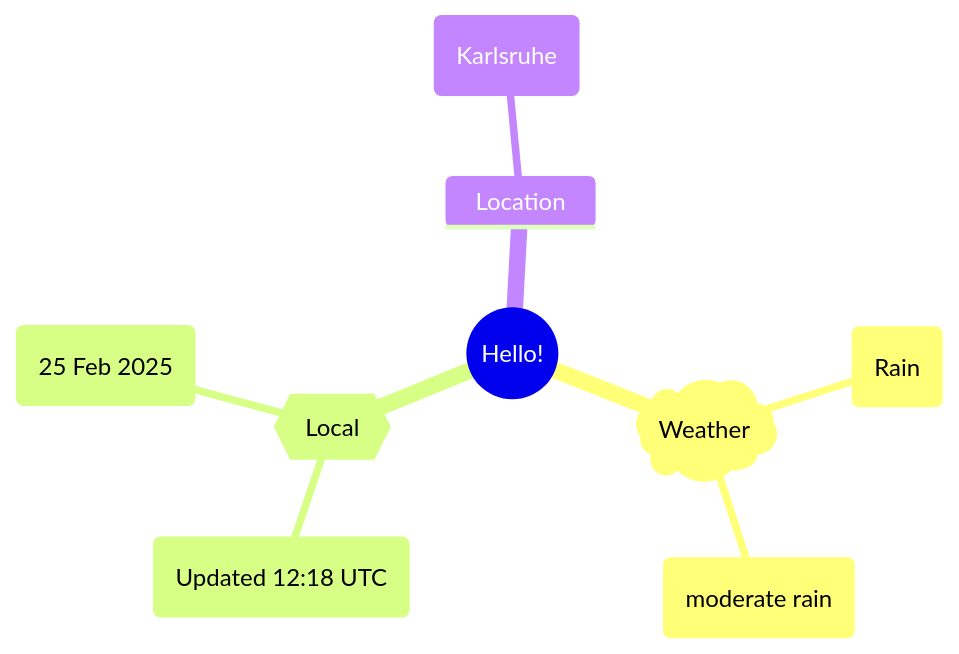
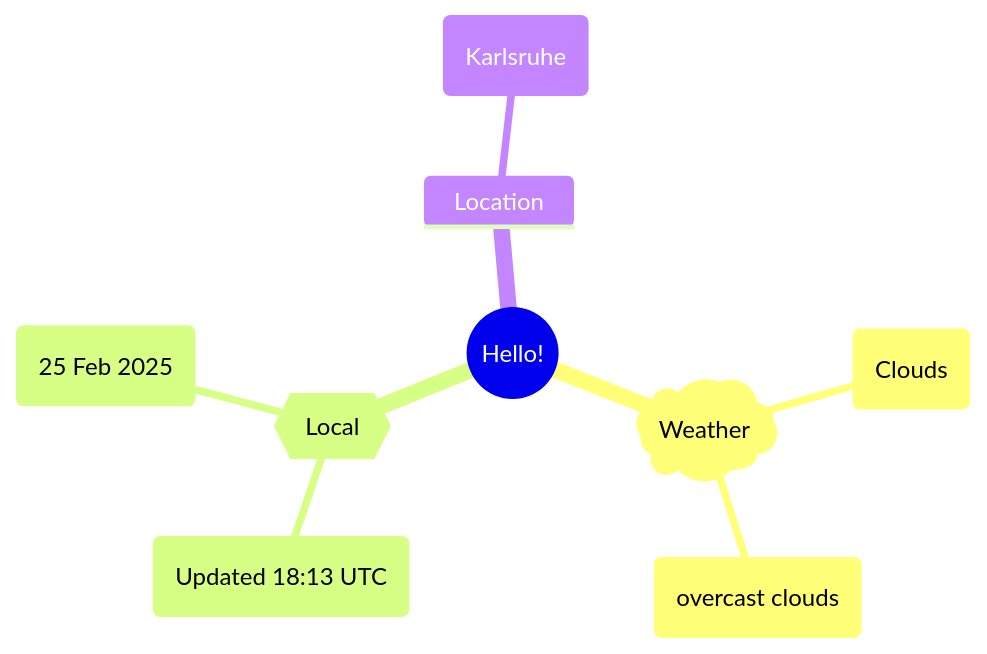
One commit to Xosrov/Xosrov changed the first of 2 diagrams in README.md. Above: the diagram before and after it, drawn with Mermaid.

Commit message:
[bot] updated images

````diff
--- a/README.md
+++ b/README.md
@@ -3,12 +3,12 @@
 ```mermaid
 mindmap
   root((Hello!))
     )Weather(
-        (Rain)
-        (moderate rain)
+        (Clouds)
+        (overcast clouds)
     {{Local}}
-        (Updated 12:18 UTC)
+        (Updated 18:13 UTC)
         (25 Feb 2025)
     Location
         (Karlsruhe)
 ```
````
